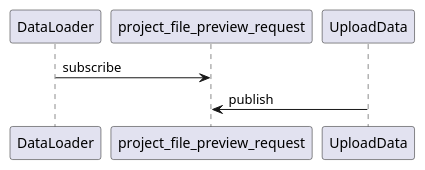
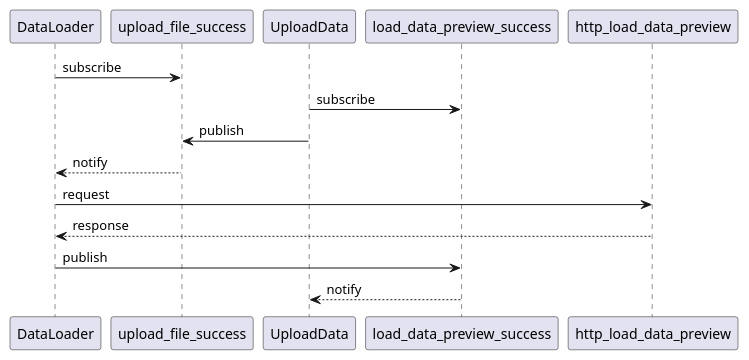
The diagram in au.id.cxd.Math.HttpUI/static/doc/project_file_preview.puml (cxd/au.id.cxd.Math), drawn with PlantUML before and after one commit. The commit also changed 14 other files, not shown here.

Commit message:
au.id.cxd.Math-3 added preview after data upload

```diff
--- a/au.id.cxd.Math.HttpUI/static/doc/project_file_preview.puml
+++ b/au.id.cxd.Math.HttpUI/static/doc/project_file_preview.puml
@@ -1,6 +1,15 @@
 @startuml
-DataLoader -> project_file_preview_request:subscribe
+DataLoader -> upload_file_success:subscribe
+UploadData -> load_data_preview_success:subscribe
 
-UploadData -> project_file_preview_request:publish
+UploadData -> upload_file_success:publish
+
+DataLoader <-- upload_file_success:notify
+DataLoader -> http_load_data_preview:request
+DataLoader <-- http_load_data_preview:response
+DataLoader -> load_data_preview_success:publish
+
+UploadData <-- load_data_preview_success:notify
+
 
 @enduml
```
